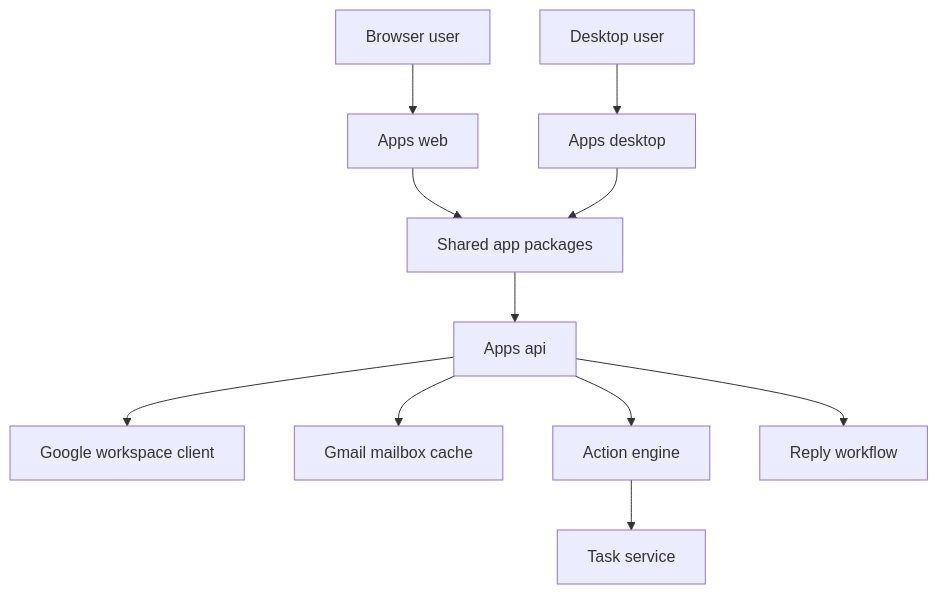
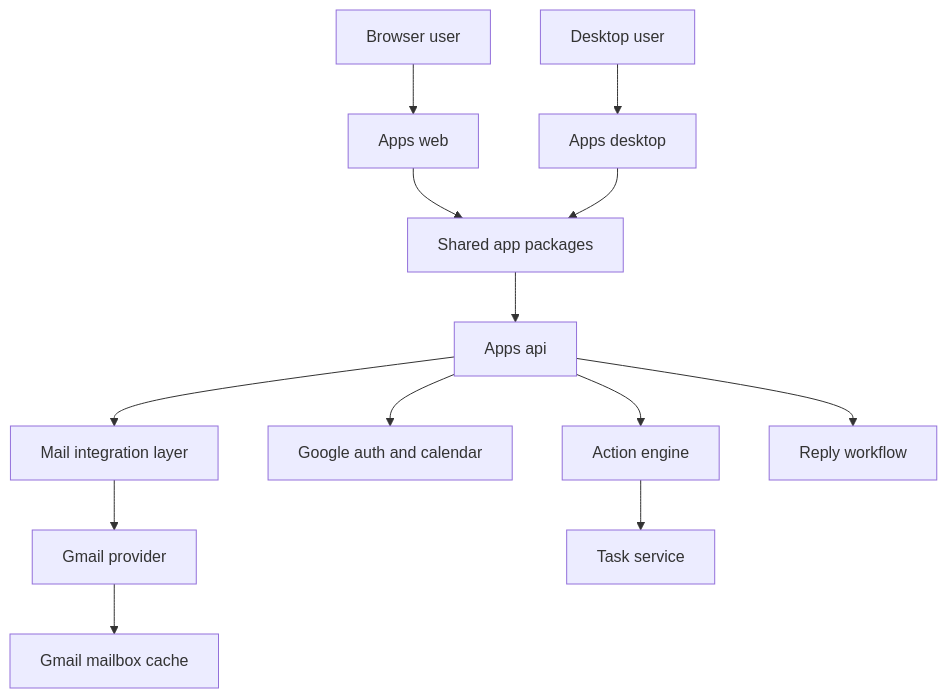
The first of 2 diagrams in README.md (ruoliu2/InboxOS), drawn with Mermaid before and after one commit. The commit also changed other lines of this file and 3 other files, not shown here.

Commit message:
Clarify Gmail-first provider-ready mail docs

````diff
--- a/README.md
+++ b/README.md
@@ -21,13 +21,15 @@
 ```mermaid
 graph TD
 A1["Browser user"] --> B1["Apps web"]
 A2["Desktop user"] --> C1["Apps desktop"]
 B1 --> D1["Shared app packages"]
 C1 --> D1
 D1 --> E1["Apps api"]
-E1 --> F1["Google workspace client"]
-E1 --> G1["Gmail mailbox cache"]
-E1 --> H1["Action engine"]
-H1 --> I1["Task service"]
-E1 --> J1["Reply workflow"]
+E1 --> F1["Mail integration layer"]
+F1 --> G1["Gmail provider"]
+G1 --> H1["Gmail mailbox cache"]
+E1 --> I1["Google auth and calendar"]
+E1 --> J1["Action engine"]
+J1 --> K1["Task service"]
+E1 --> L1["Reply workflow"]
 ```
````
